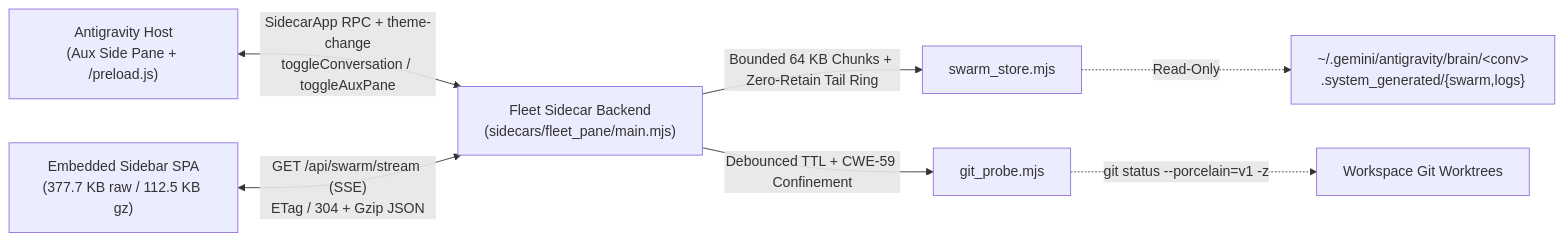
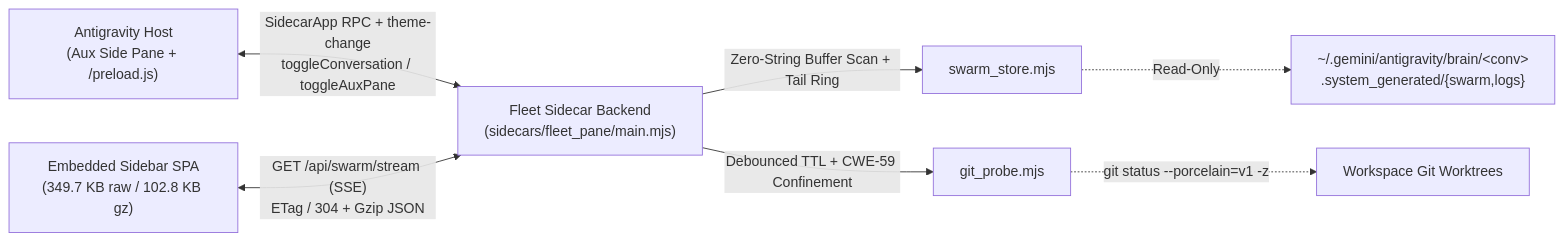
Before and after one commit to cayleb-james2008/dsh-fleet: the diagram in README.md, drawn with Mermaid. The commit also changed other lines of this file and 29 other files, not shown here.

````diff
--- a/README.md
+++ b/README.md
@@ -80,9 +80,9 @@
 ```mermaid
 flowchart LR
     Host["Antigravity Host<br/>(Aux Side Pane + /preload.js)"] <-->|"SidecarApp RPC + theme-change<br/>toggleConversation / toggleAuxPane"| Backend["Fleet Sidecar Backend<br/>(sidecars/fleet_pane/main.mjs)"]
-    UI["Embedded Sidebar SPA<br/>(377.7 KB raw / 112.5 KB gz)"] <-->|"GET /api/swarm/stream (SSE)<br/>ETag / 304 + Gzip JSON"| Backend
-    Backend -->|"Bounded 64 KB Chunks + Zero-Retain Tail Ring"| Store["swarm_store.mjs"]
+    UI["Embedded Sidebar SPA<br/>(349.7 KB raw / 102.8 KB gz)"] <-->|"GET /api/swarm/stream (SSE)<br/>ETag / 304 + Gzip JSON"| Backend
+    Backend -->|"Zero-String Buffer Scan + Tail Ring"| Store["swarm_store.mjs"]
     Backend -->|"Debounced TTL + CWE-59 Confinement"| Git["git_probe.mjs"]
     Store -.->|"Read-Only"| Brain["~/.gemini/antigravity/brain/&lt;conv&gt;<br/>.system_generated/{swarm,logs}"]
     Git -.->|"git status --porcelain=v1 -z"| WT["Workspace Git Worktrees"]
 ```
````
